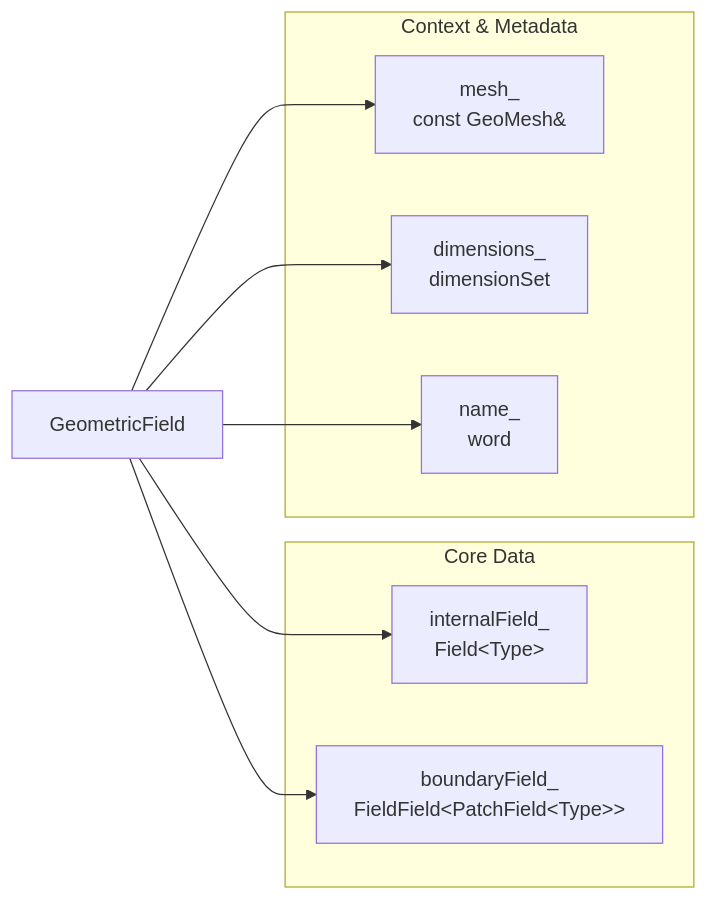
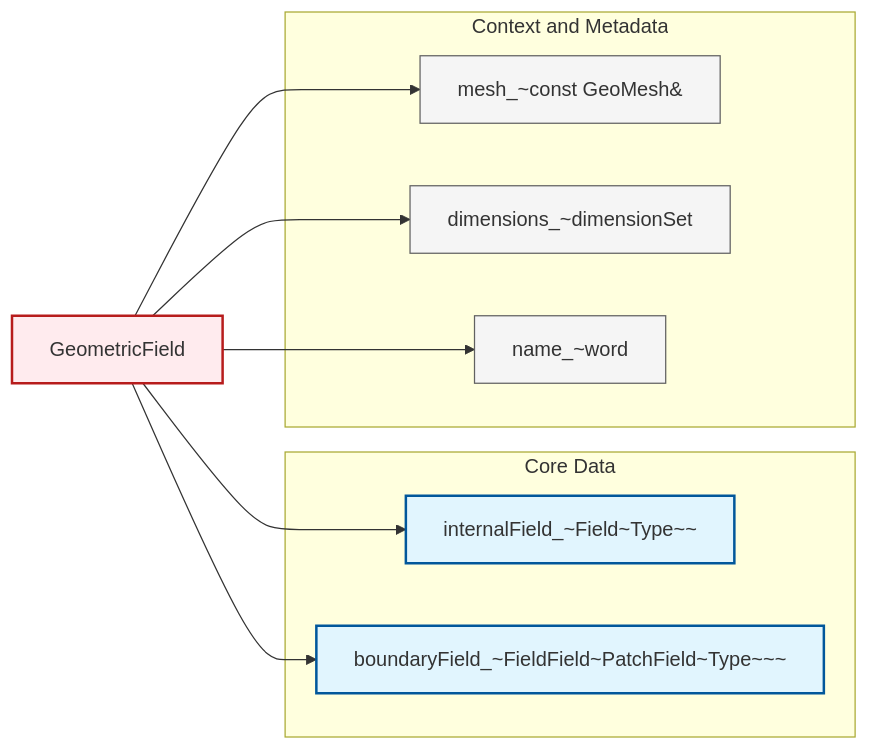
One commit to wramet/build-my-cfd changed the diagram in MODULE_09_ADVANCED_TOPICS/CONTENT/01_TEMPLATE_PROGRAMMING/03_Internal_Mechanics.md. Above: the diagram before and after it, drawn with Mermaid. The commit also changed 313 other files, not shown here.

Commit message:
Revise all diagram

````diff
--- a/MODULE_09_ADVANCED_TOPICS/CONTENT/01_TEMPLATE_PROGRAMMING/03_Internal_Mechanics.md
+++ b/MODULE_09_ADVANCED_TOPICS/CONTENT/01_TEMPLATE_PROGRAMMING/03_Internal_Mechanics.md
@@ -10,19 +10,20 @@
 ```mermaid
 graph LR
-    GF[GeometricField] --> IF[internalField_<br/>Field&lt;Type&gt;]
-    GF --> BF[boundaryField_<br/>FieldField&lt;PatchField&lt;Type&gt;&gt;]
-    GF --> M[mesh_<br/>const GeoMesh&]
-    GF --> D[dimensions_<br/>dimensionSet]
-    GF --> N[name_<br/>word]
-
-    subgraph "Core Data"
-    IF
-    BF
-    end
-
-    subgraph "Context & Metadata"
-    M
-    D
-    N
-    end
+classDef implicit fill:#e1f5fe,stroke:#01579b,stroke-width:2px
+classDef explicit fill:#ffebee,stroke:#b71c1c,stroke-width:2px
+classDef context fill:#f5f5f5,stroke:#616161,stroke-width:1px
+GF[GeometricField]:::explicit --> IF[internalField_~Field~Type~~]:::implicit
+GF --> BF[boundaryField_~FieldField~PatchField~Type~~~]:::implicit
+GF --> M[mesh_~const GeoMesh&]:::context
+GF --> D[dimensions_~dimensionSet]:::context
+GF --> N[name_~word]:::context
+subgraph Core Data
+IF
+BF
+end
+subgraph Context and Metadata
+M
+D
+N
+end
 ```
````
